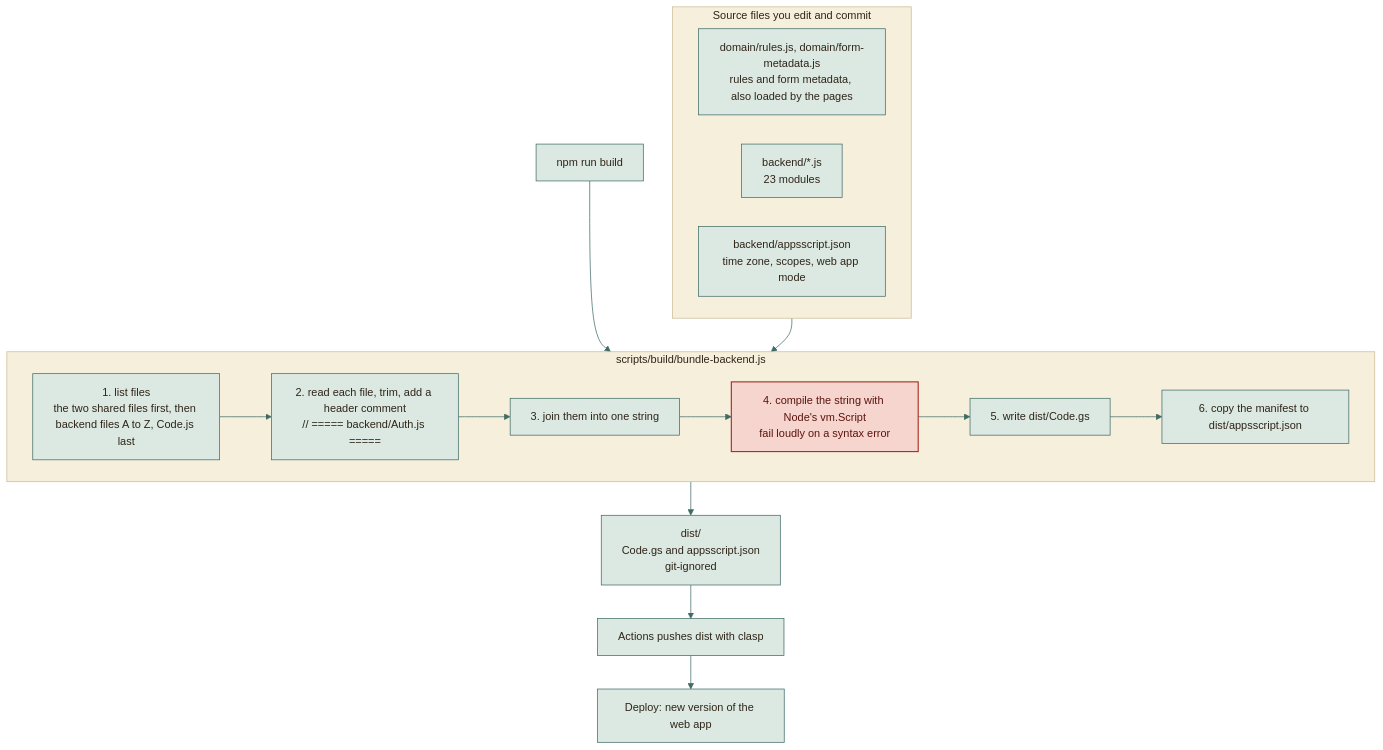
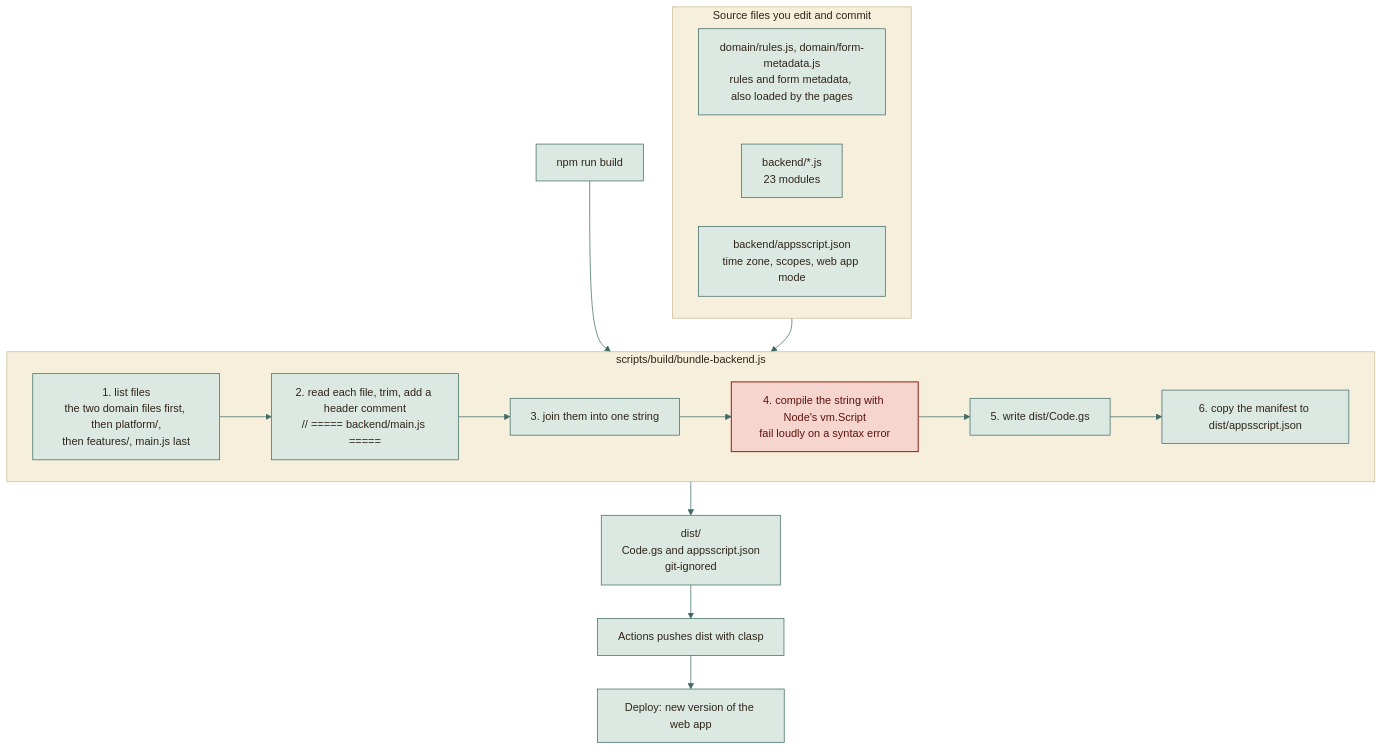
One commit to moyeh04/forms-platform changed the first of 4 diagrams in docs/architecture/BUILD-PIPELINE.md. Above: the diagram before and after it, drawn with Mermaid. The commit also changed other lines of this file and 7 other files, not shown here.

````diff
--- a/docs/architecture/BUILD-PIPELINE.md
+++ b/docs/architecture/BUILD-PIPELINE.md
@@ -32,54 +32,54 @@
 ```mermaid
 %%{init: {
   'theme': 'base',
   'themeVariables': {
     'fontFamily': 'ui-sans-serif, system-ui, -apple-system, Segoe UI, Roboto, sans-serif',
     'fontSize': '15px',
     'primaryColor': '#DCE9E2', 'primaryBorderColor': '#3F6B66', 'primaryTextColor': '#2F2418',
     'secondaryColor': '#F0E4C8', 'secondaryBorderColor': '#C9A24A', 'secondaryTextColor': '#2F2418',
     'tertiaryColor': '#F6EFDC', 'tertiaryBorderColor': '#CDBB94', 'tertiaryTextColor': '#2F2418',
     'lineColor': '#3F6B66', 'textColor': '#2F2418', 'mainBkg': '#DCE9E2', 'nodeBorder': '#3F6B66',
     'clusterBkg': '#F6EFDC', 'clusterBorder': '#CDBB94', 'titleColor': '#2F2418',
     'edgeLabelBackground': '#F8F1DD',
     'actorBkg': '#DCE9E2', 'actorBorder': '#3F6B66', 'actorTextColor': '#2F2418', 'actorLineColor': '#8FB3AB',
     'signalColor': '#477A73', 'signalTextColor': '#477A73',
     'labelBoxBkgColor': '#F0E4C8', 'labelBoxBorderColor': '#C9A24A', 'labelTextColor': '#2F2418', 'loopTextColor': '#6A5A44',
     'noteBkgColor': '#FBEFC9', 'noteBorderColor': '#C9A24A', 'noteTextColor': '#2F2418',
     'activationBkgColor': '#DCE9E2', 'activationBorderColor': '#3F6B66', 'sequenceNumberColor': '#F8F1DD',
     'transitionColor': '#3F6B66', 'stateLabelColor': '#2F2418', 'stateBkg': '#DCE9E2', 'altBackground': '#F6EFDC',
     'attributeBackgroundColorOdd': '#F8F1DD', 'attributeBackgroundColorEven': '#F0E4C8'
   },
   'flowchart': {'curve': 'basis', 'padding': 14, 'nodeSpacing': 40, 'rankSpacing': 46},
   'sequence': {'mirrorActors': false, 'messageMargin': 34, 'boxMargin': 8}
 }}%%
 flowchart TD
     subgraph sources["Source files you edit and commit"]
         rules["domain/rules.js, domain/form-metadata.js<br/>rules and form metadata, also loaded by the pages"]
         gs["backend/*.js<br/>23 modules"]
         manifest["backend/appsscript.json<br/>time zone, scopes, web app mode"]
     end
 
     cmd["npm run build"] --> bundler
 
     subgraph bundler["scripts/build/bundle-backend.js"]
-        s1["1. list files<br/>the two shared files first, then backend files A to Z, Code.js last"]
-        s2["2. read each file, trim, add a header comment<br/>// ===== backend/Auth.js ====="]
+        s1["1. list files<br/>the two domain files first, then platform/,<br/>then features/, main.js last"]
+        s2["2. read each file, trim, add a header comment<br/>// ===== backend/main.js ====="]
         s3["3. join them into one string"]
         s4["4. compile the string with Node's vm.Script<br/>fail loudly on a syntax error"]
         s5["5. write dist/Code.gs"]
         s6["6. copy the manifest to dist/appsscript.json"]
         s1 --> s2 --> s3 --> s4 --> s5 --> s6
     end
 
     sources --> bundler
     bundler --> dist["dist/<br/>Code.gs and appsscript.json<br/>git-ignored"]
     dist --> push["Actions pushes dist with clasp"]
     push --> live["Deploy: new version of the web app"]
     classDef cDb fill:#F3E2B3,stroke:#B8892D,stroke-width:1.5px,color:#2F2418
     classDef cActor fill:#F4D9D3,stroke:#9A3328,stroke-width:1.5px,color:#2F2418
     classDef cDec fill:#FBEFC9,stroke:#C9A24A,stroke-width:1.5px,color:#2F2418
     classDef cEnd fill:#2F2418,stroke:#2F2418,color:#F8F1DD
     classDef cErr fill:#F6D5CF,stroke:#A12B1F,stroke-width:1.5px,color:#5A140C
     classDef cOk fill:#BFD9CF,stroke:#2E5A55,stroke-width:1.5px,color:#17302D
     class s4 cErr
 ```
````
